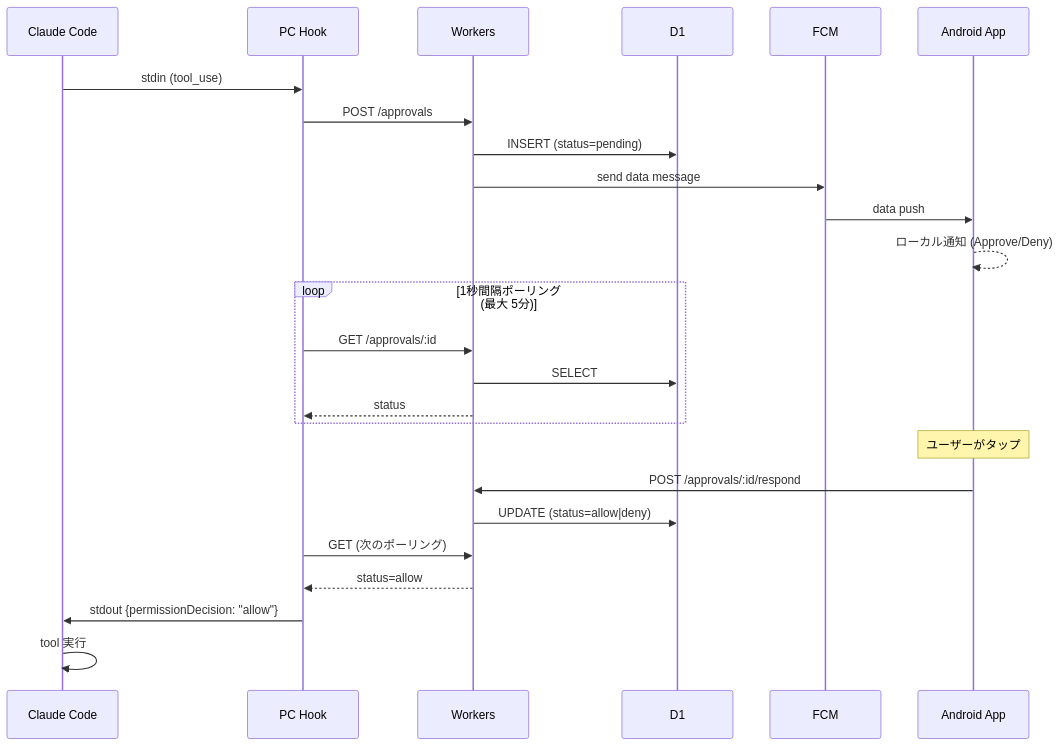
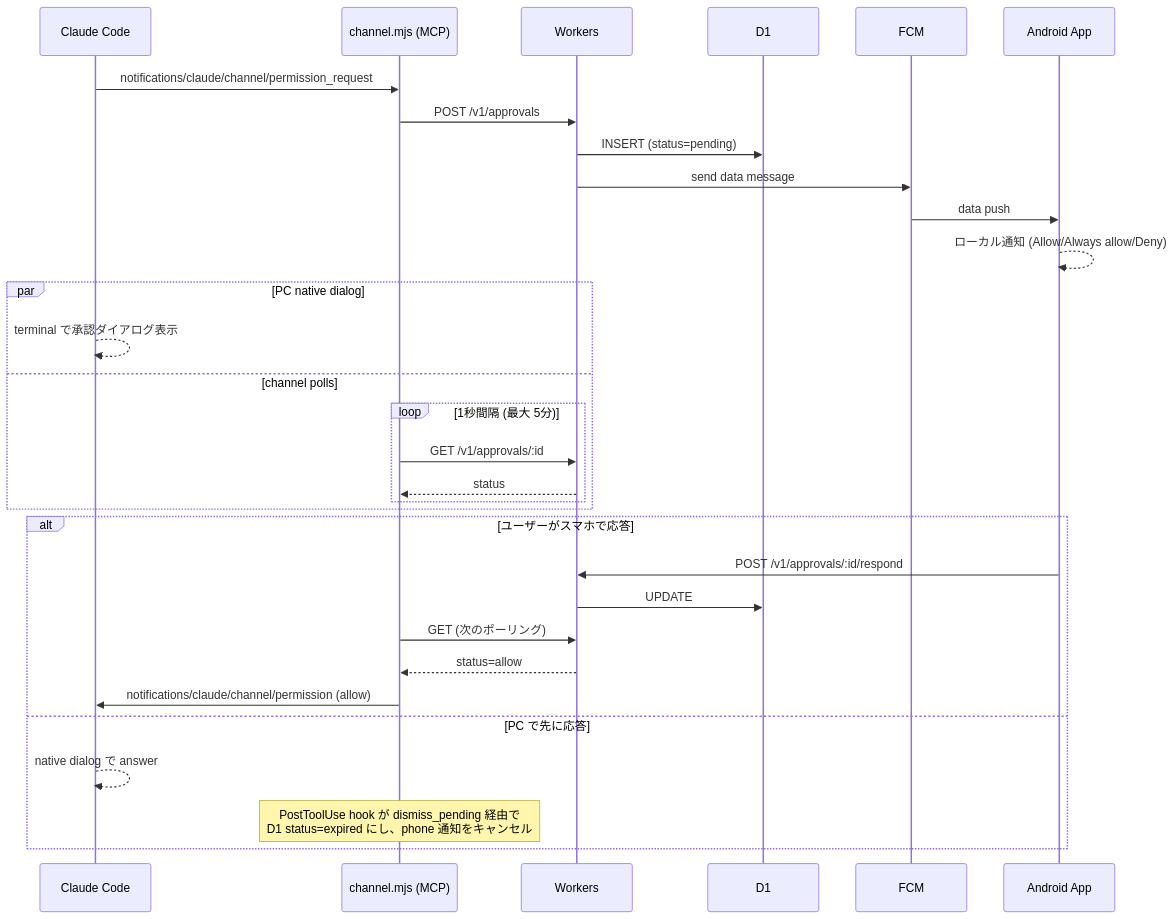
One commit to tachibanayu24/claude-code-remote changed the first of 2 diagrams in docs/handover.md. Above: the diagram before and after it, drawn with Mermaid. The commit also changed other lines of this file and 3 other files, not shown here.

````diff
--- a/docs/handover.md
+++ b/docs/handover.md
@@ -68,31 +78,36 @@
 ```mermaid
 sequenceDiagram
   participant CC as Claude Code
-  participant H as PC Hook
+  participant Ch as channel.mjs (MCP)
   participant W as Workers
   participant D as D1
   participant F as FCM
   participant A as Android App
 
-  CC->>H: stdin (tool_use)
-  H->>W: POST /approvals
+  CC->>Ch: notifications/claude/channel/permission_request
+  Ch->>W: POST /v1/approvals
   W->>D: INSERT (status=pending)
   W->>F: send data message
   F->>A: data push
-  A-->>A: ローカル通知 (Approve/Deny)
+  A-->>A: ローカル通知 (Allow/Always allow/Deny)
 
-  loop 1秒間隔ポーリング (最大 5分)
-    H->>W: GET /approvals/:id
-    W->>D: SELECT
-    W-->>H: status
+  par PC native dialog
+    CC-->>CC: terminal で承認ダイアログ表示
+  and channel polls
+    loop 1秒間隔 (最大 5分)
+      Ch->>W: GET /v1/approvals/:id
+      W-->>Ch: status
+    end
   end
 
-  Note over A: ユーザーがタップ
-  A->>W: POST /approvals/:id/respond
-  W->>D: UPDATE (status=allow|deny)
-
-  H->>W: GET (次のポーリング)
-  W-->>H: status=allow
-  H->>CC: stdout {permissionDecision: "allow"}
-  CC->>CC: tool 実行
+  alt ユーザーがスマホで応答
+    A->>W: POST /v1/approvals/:id/respond
+    W->>D: UPDATE
+    Ch->>W: GET (次のポーリング)
+    W-->>Ch: status=allow
+    Ch->>CC: notifications/claude/channel/permission (allow)
+  else PC で先に応答
+    CC-->>CC: native dialog で answer
+    Note over Ch: PostToolUse hook が dismiss_pending 経由で<br/>D1 status=expired にし、phone 通知をキャンセル
+  end
 ```
````
